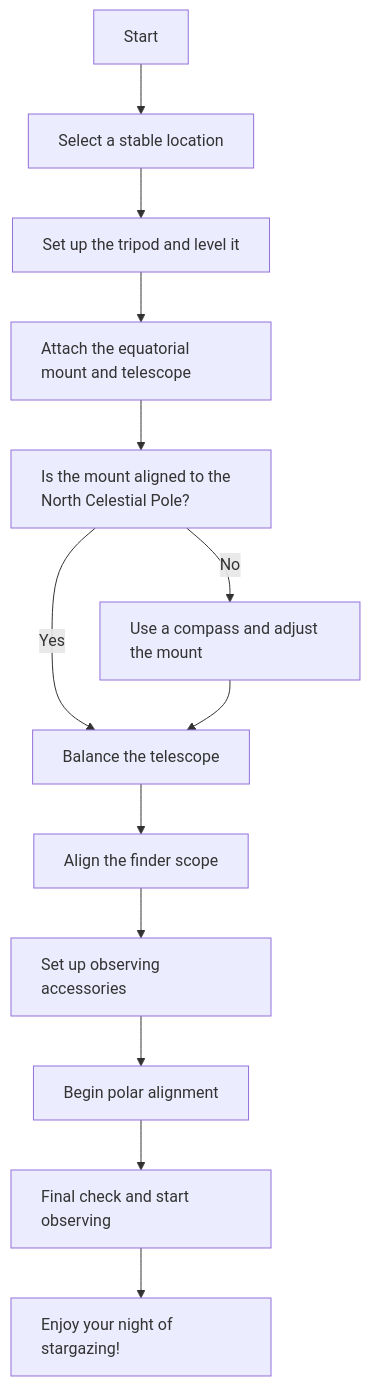
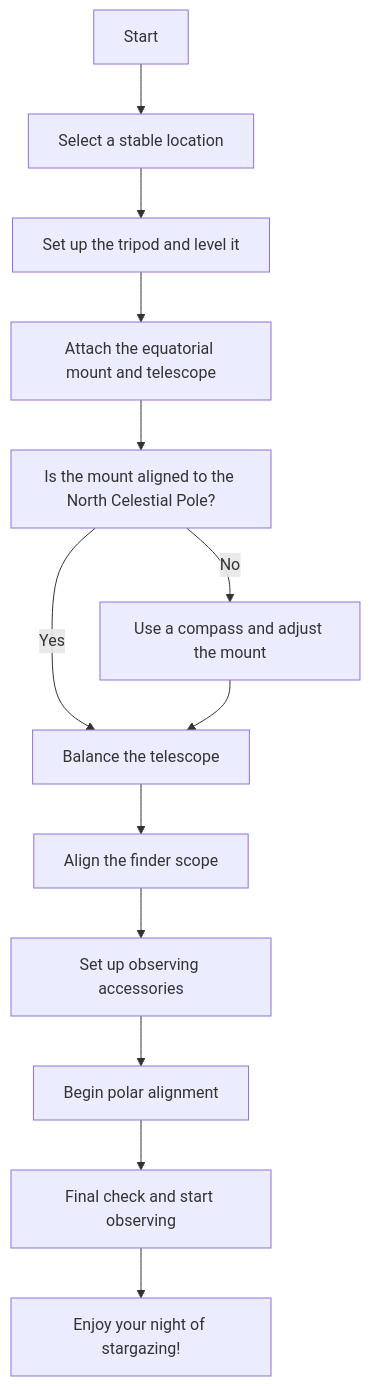
Before and after one commit to upyesp/aas: the first of 3 diagrams in slides/Slides.md, drawn with Mermaid. The commit also changed other lines of this file, not shown here.

Commit message:
moved js line

```diff
--- a/slides/Slides.md
+++ b/slides/Slides.md
@@ -88,16 +82,15 @@
 <div class="mermaid">
 graph TD
-    classDef default line-height:1.5,text-align:left;
     A[Start] --> B[Select a stable location]
     B --> C[Set up the tripod and level it]
     C --> D[Attach the equatorial mount and telescope]
     D --> E[Is the mount aligned to the North Celestial Pole?]
     E -- Yes --> F[Balance the telescope]
     E -- No --> G[Use a compass and adjust the mount]
     G --> F
     F --> H[Align the finder scope]
     H --> I[Set up observing accessories]
     I --> J[Begin polar alignment]
     J --> K[Final check and start observing]
     K --> L[Enjoy your night of stargazing!]
 </div>
```
